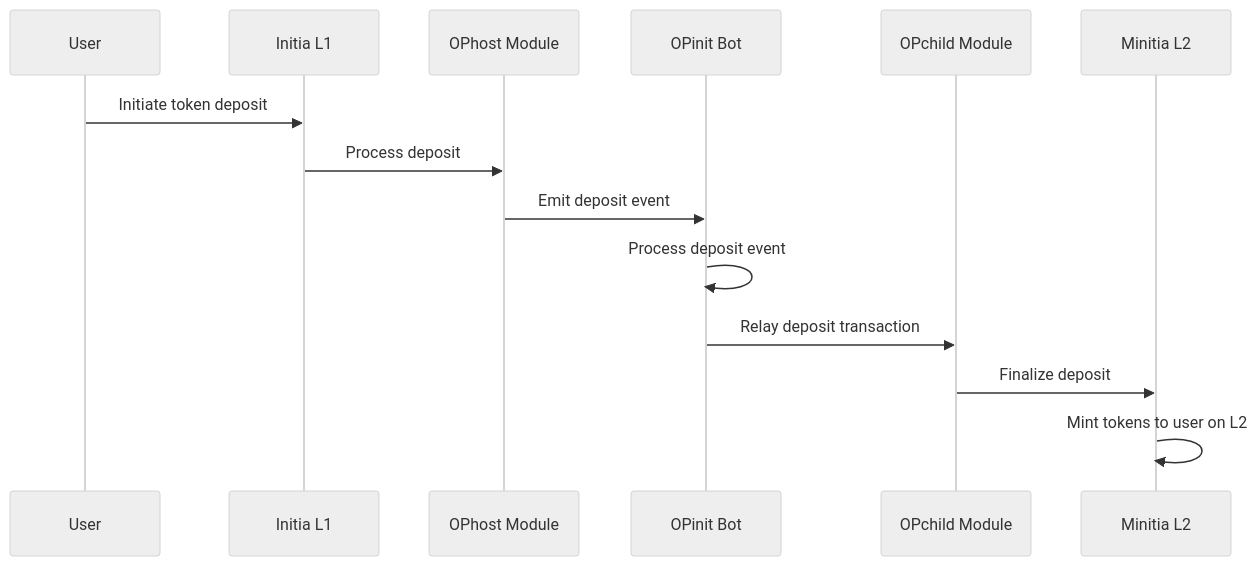
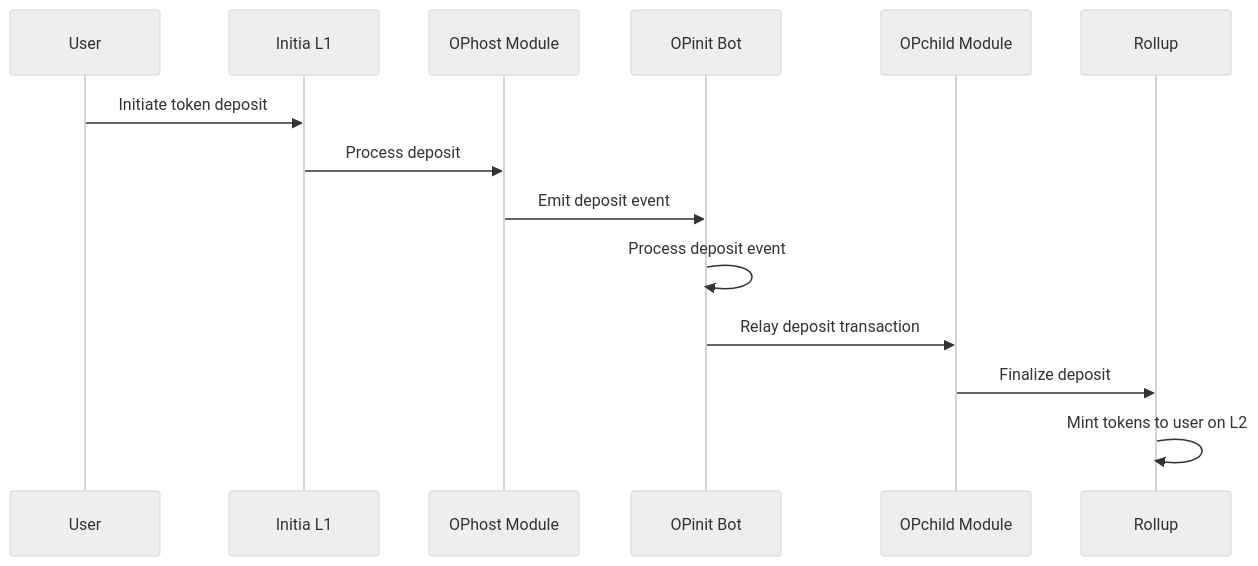
The first of 2 diagrams in home/technical-architecture/opinit-framework/action-flows/token-transfers.mdx (initia-labs/docs), drawn with Mermaid (neutral theme) before and after one commit. The commit also changed other lines of this file and 72 other files, not shown here.

````diff
--- a/home/technical-architecture/opinit-framework/action-flows/token-transfers.mdx
+++ b/home/technical-architecture/opinit-framework/action-flows/token-transfers.mdx
@@ -10,17 +10,17 @@
 ```mermaid
 sequenceDiagram
     participant User
     participant IL1 as Initia L1
     participant OPH as OPhost Module
     participant OPB as OPinit Bot
     participant OPC as OPchild Module
-    participant ML2 as Minitia L2
+    participant R as Rollup
 
     User->>IL1: Initiate token deposit
     IL1->>OPH: Process deposit
     OPH->>OPB: Emit deposit event
     OPB->>OPB: Process deposit event
     OPB->>OPC: Relay deposit transaction
-    OPC->>ML2: Finalize deposit
-    ML2->>ML2: Mint tokens to user on L2
+    OPC->>R: Finalize deposit
+    R->>R: Mint tokens to user on L2
 ```
````
